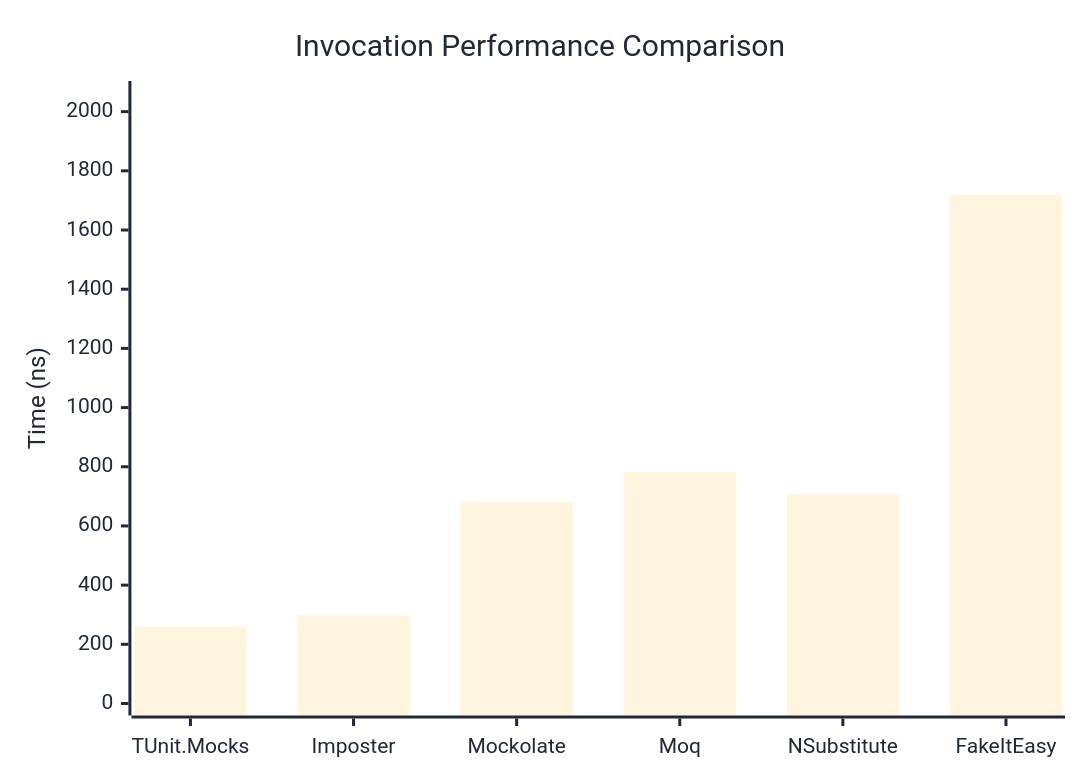
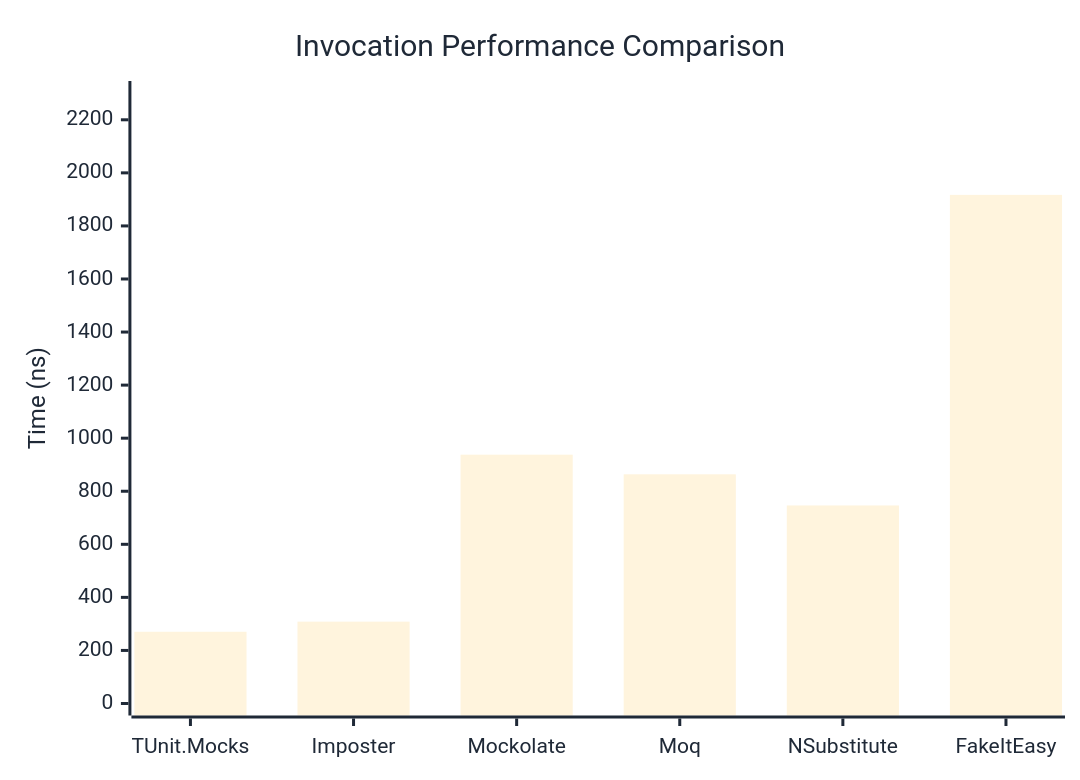
One commit to thomhurst/TUnit changed the first of 3 diagrams in docs/docs/benchmarks/mocks/Invocation.md. Above: the diagram before and after it, drawn with Mermaid. The commit also changed other lines of this file and 14 other files, not shown here.

````diff
--- a/docs/docs/benchmarks/mocks/Invocation.md
+++ b/docs/docs/benchmarks/mocks/Invocation.md
@@ -28,27 +28,27 @@
 ```mermaid
 %%{init: {
   'theme':'base',
   'themeVariables': {
     'primaryColor': '#2563eb',
     'primaryTextColor': '#1f2937',
     'primaryBorderColor': '#1e40af',
     'lineColor': '#6b7280',
     'secondaryColor': '#7c3aed',
     'tertiaryColor': '#dc2626',
     'background': '#ffffff',
     'pie1': '#2563eb',
     'pie2': '#7c3aed',
     'pie3': '#dc2626',
     'pie4': '#f59e0b',
     'pie5': '#10b981',
     'pie6': '#06b6d4',
     'pie7': '#ec4899',
     'pie8': '#6366f1'
   }
 }}%%
 xychart-beta
   title "Invocation Performance Comparison"
   x-axis ["TUnit.Mocks", "Imposter", "Mockolate", "Moq", "NSubstitute", "FakeItEasy"]
-  y-axis "Time (ns)" 0 --> 2063
-  bar [259.7, 297.2, 680.4, 782.6, 706.9, 1719.1]
+  y-axis "Time (ns)" 0 --> 2301
+  bar [270.4, 308.5, 937.8, 863.8, 746.5, 1917]
 ```
````
